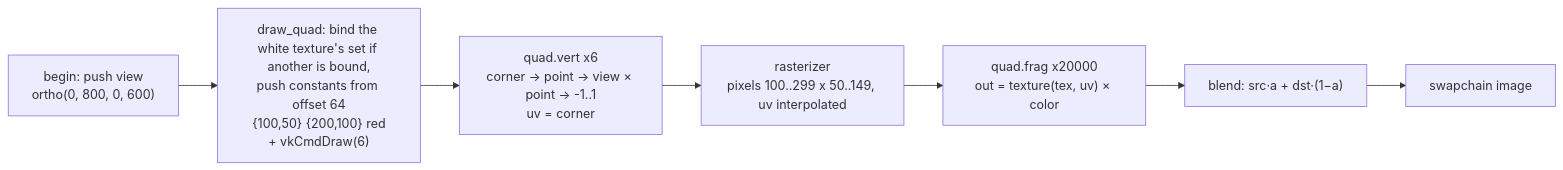
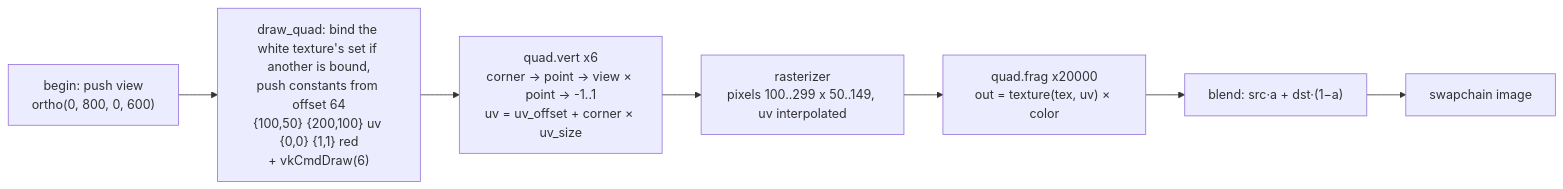
Before and after one commit to aski97/reborn-engine: the second of 3 diagrams in docs/features/renderer.md, drawn with Mermaid. The commit also changed other lines of this file and 31 other files, not shown here.

````diff
--- a/docs/features/renderer.md
+++ b/docs/features/renderer.md
@@ -128,9 +133,9 @@
 ```mermaid
 flowchart LR
     B0["begin: push view<br/>ortho(0, 800, 0, 600)"] --> C
-    C["draw_quad: bind the white texture's set if another is bound,<br/>push constants from offset 64<br/>{100,50} {200,100} red<br/>+ vkCmdDraw(6)"] --> V["quad.vert x6<br/>corner → point → view × point → -1..1<br/>uv = corner"]
+    C["draw_quad: bind the white texture's set if another is bound,<br/>push constants from offset 64<br/>{100,50} {200,100} uv {0,0} {1,1} red<br/>+ vkCmdDraw(6)"] --> V["quad.vert x6<br/>corner → point → view × point → -1..1<br/>uv = uv_offset + corner × uv_size"]
     V --> RS["rasterizer<br/>pixels 100..299 x 50..149, uv interpolated"]
     RS --> FS["quad.frag x20000<br/>out = texture(tex, uv) × color"]
     FS --> B["blend: src·a + dst·(1−a)"]
     B --> IMG["swapchain image"]
 ```
````
